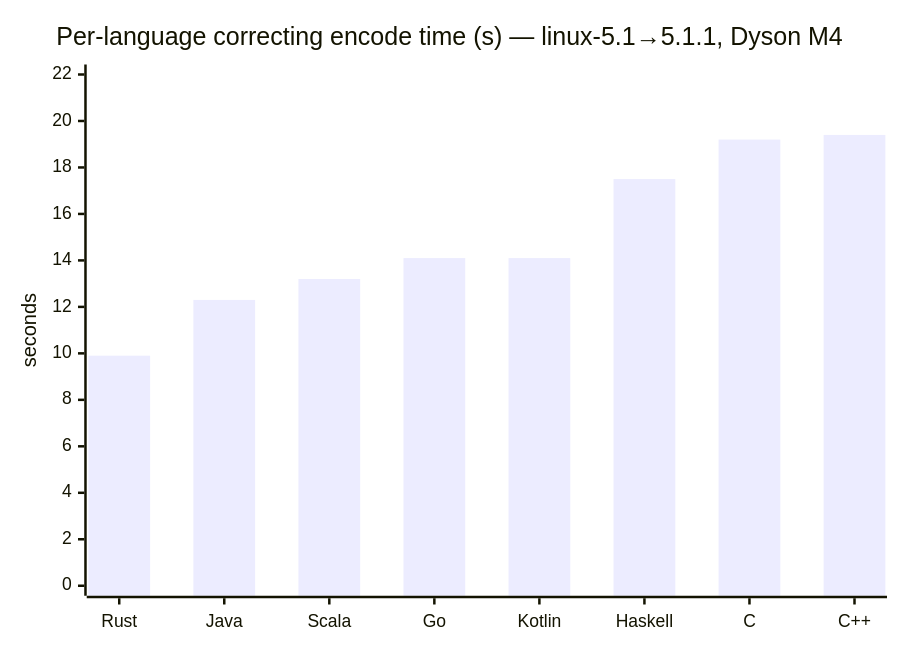
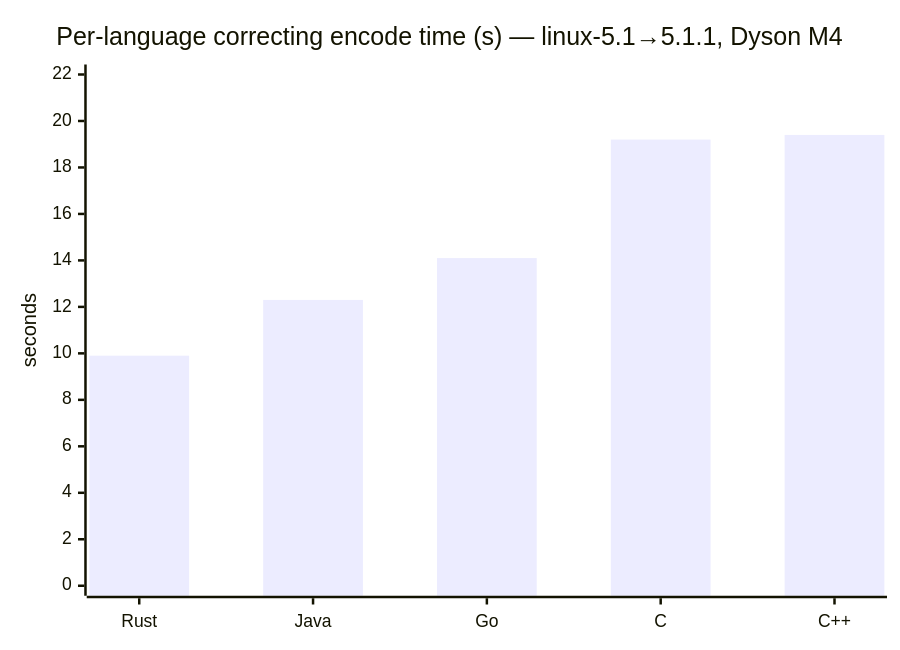
One commit to darrelllong/Delta-Compression changed the second of 10 diagrams in ANALYSIS.md. Above: the diagram before and after it, drawn with Mermaid. The commit also changed other lines of this file and 6 other files, not shown here.

First line of the commit message:
Benchmarks: remove Haskell, Kotlin and Scala

````diff
--- a/ANALYSIS.md
+++ b/ANALYSIS.md
@@ -424,7 +409,7 @@
 ```mermaid
 xychart-beta
     title "Per-language correcting encode time (s) — linux-5.1→5.1.1, Dyson M4"
-    x-axis ["Rust", "Java", "Scala", "Go", "Kotlin", "Haskell", "C", "C++"]
+    x-axis ["Rust", "Java", "Go", "C", "C++"]
     y-axis "seconds" 0 --> 22
-    bar [9.9, 12.3, 13.2, 14.1, 14.1, 17.5, 19.2, 19.4]
+    bar [9.9, 12.3, 14.1, 19.2, 19.4]
 ```
````
